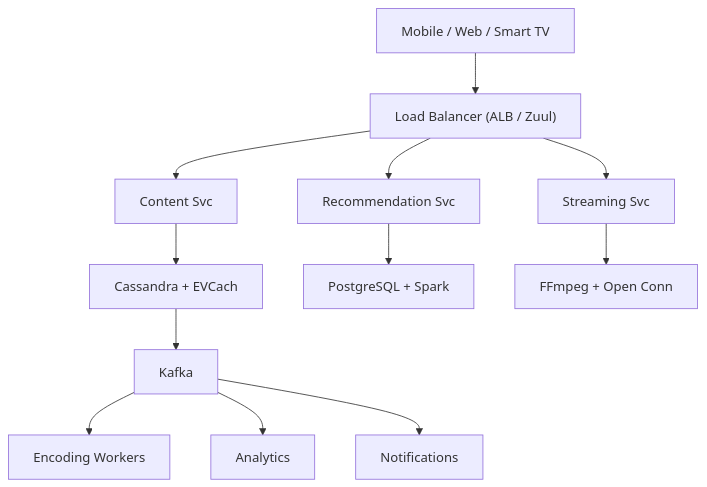
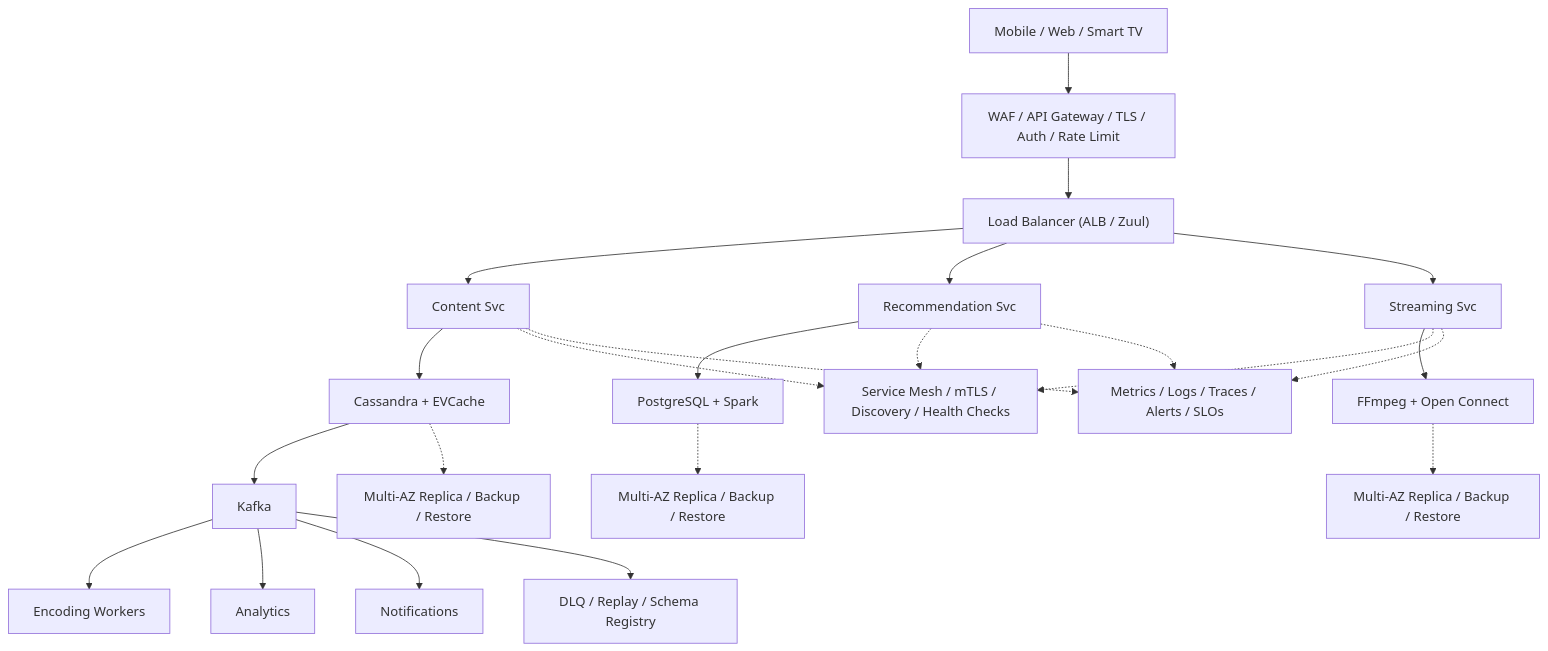
Before and after one commit to aishwary11/system-design: the diagram in system-design-netflix.md, drawn with Mermaid. The commit also changed other lines of this file and 31 other files, not shown here.

Commit message:
Add production-grade architecture details

````diff
--- a/system-design-netflix.md
+++ b/system-design-netflix.md
@@ -45,14 +45,25 @@
 ```mermaid
 flowchart TB
-    clients["Mobile / Web / Smart TV"] --> lb["Load Balancer (ALB / Zuul)"]
+    clients["Mobile / Web / Smart TV"] --> edge["WAF / API Gateway / TLS / Auth / Rate Limit"]
+    edge --> lb["Load Balancer (ALB / Zuul)"]
     lb --> svc0["Content Svc"]
     lb --> svc1["Recommendation Svc"]
     lb --> svc2["Streaming Svc"]
-    svc0 --> store0["Cassandra + EVCach"]
+    svc0 --> store0["Cassandra + EVCache"]
     svc1 --> store1["PostgreSQL + Spark"]
-    svc2 --> store2["FFmpeg + Open Conn"]
+    svc2 --> store2["FFmpeg + Open Connect"]
     store0 --> stream["Kafka"]
     stream --> worker0["Encoding Workers"]
     stream --> worker1["Analytics"]
     stream --> worker2["Notifications"]
+    svc0 -.-> platform["Service Mesh / mTLS / Discovery / Health Checks"]
+    svc1 -.-> platform
+    svc2 -.-> platform
+    store0 -.-> backup0["Multi-AZ Replica / Backup / Restore"]
+    store1 -.-> backup1["Multi-AZ Replica / Backup / Restore"]
+    store2 -.-> backup2["Multi-AZ Replica / Backup / Restore"]
+    stream --> dlq["DLQ / Replay / Schema Registry"]
+    svc0 -.-> ops["Metrics / Logs / Traces / Alerts / SLOs"]
+    svc1 -.-> ops
+    svc2 -.-> ops
 ```
````
